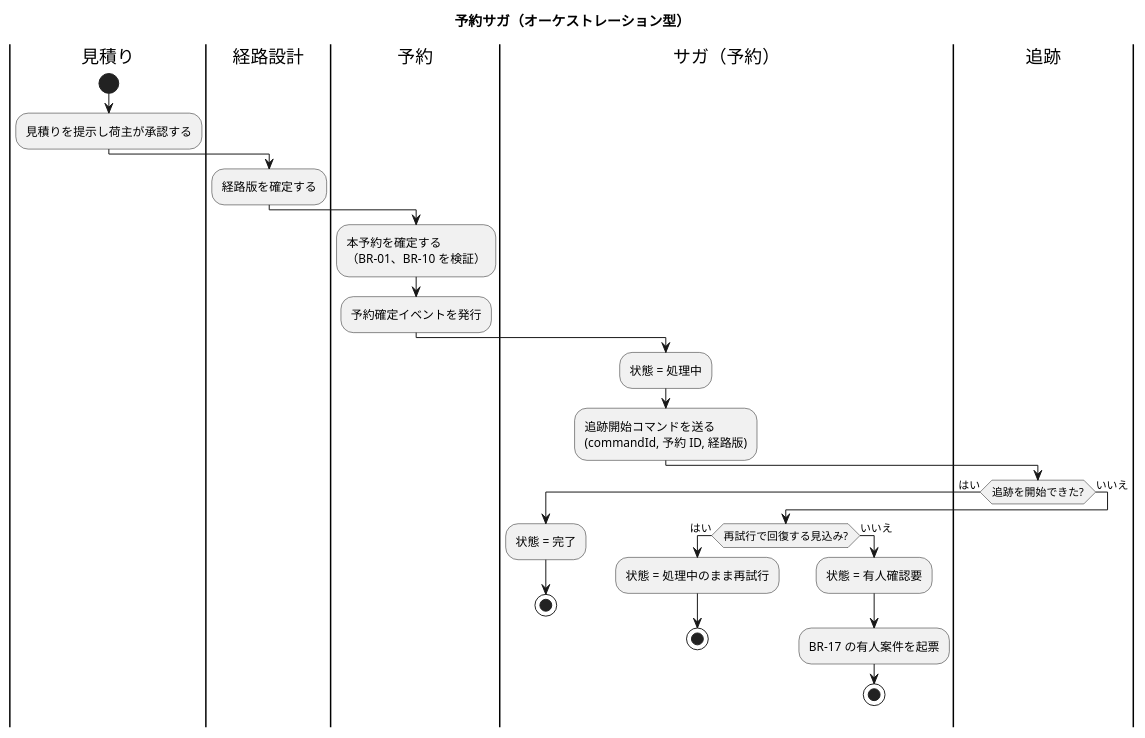
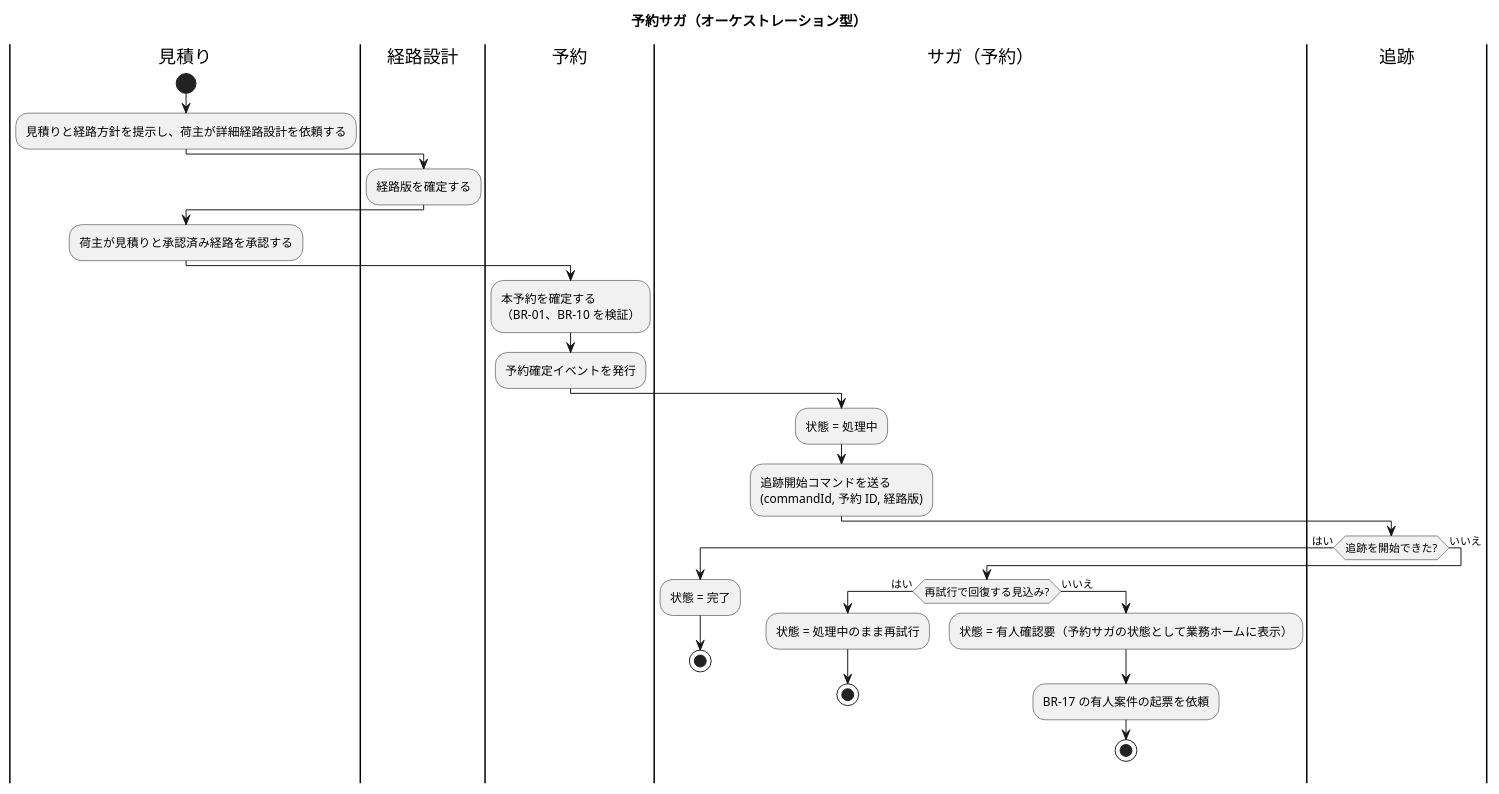
The fourth of 4 diagrams in docs/design/cargo-tracker/architecture_backend.md (k2works/practical-domain-driven-design-in-enterpris-application), drawn with PlantUML before and after one commit. The commit also changed other lines of this file and 25 other files, not shown here.

````diff
--- a/docs/design/cargo-tracker/architecture_backend.md
+++ b/docs/design/cargo-tracker/architecture_backend.md
@@ -281,32 +295,34 @@
 ```plantuml
 @startuml
 title 予約サガ（オーケストレーション型）
 |見積り|
 start
-:見積りを提示し荷主が承認する;
+:見積りと経路方針を提示し、荷主が詳細経路設計を依頼する;
 |経路設計|
 :経路版を確定する;
+|見積り|
+:荷主が見積りと承認済み経路を承認する;
 |予約|
 :本予約を確定する\n（BR-01、BR-10 を検証）;
 :予約確定イベントを発行;
 |サガ（予約）|
 :状態 = 処理中;
 :追跡開始コマンドを送る\n(commandId, 予約 ID, 経路版);
 |追跡|
 if (追跡を開始できた?) then (はい)
   |サガ（予約）|
   :状態 = 完了;
   stop
 else (いいえ)
   |サガ（予約）|
   if (再試行で回復する見込み?) then (はい)
     :状態 = 処理中のまま再試行;
     stop
   else (いいえ)
-    :状態 = 有人確認要;
-    :BR-17 の有人案件を起票;
+    :状態 = 有人確認要（予約サガの状態として業務ホームに表示）;
+    :BR-17 の有人案件の起票を依頼;
     stop
   endif
 endif
 @enduml
 ```
````
